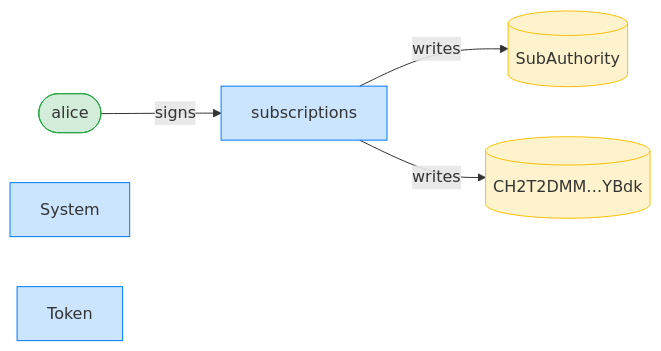
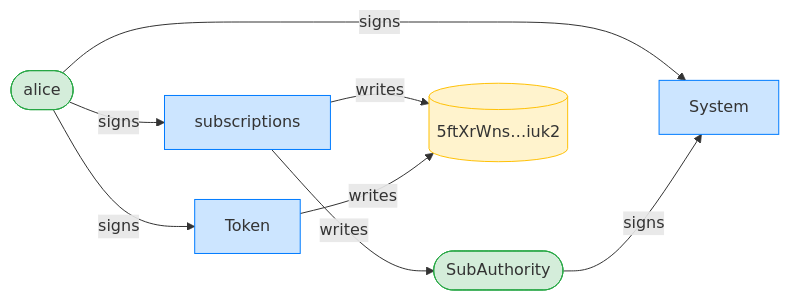
The third of 16 diagrams in dsl_tests/skipped-periods-do-not-accumulate-allowance.md (cds-rs/subscriptions), drawn with Mermaid before and after one commit. The commit also changed other lines of this file and 224 other files, not shown here.

````diff
--- a/dsl_tests/skipped-periods-do-not-accumulate-allowance.md
+++ b/dsl_tests/skipped-periods-do-not-accumulate-allowance.md
@@ -55,15 +56,19 @@
 ```mermaid
 flowchart LR
     classDef signer fill:#d4edda,stroke:#28a745;
     classDef program fill:#cce5ff,stroke:#007bff;
     classDef writable fill:#fff3cd,stroke:#ffc107;
     subscriptions[subscriptions]:::program
     alice([alice]):::signer
-    SubAuthority[(SubAuthority)]:::writable
-    CH2T2DMM_YBdk[("CH2T2DMM…YBdk")]:::writable
+    SubAuthority([SubAuthority]):::signer
+    5ftXrWns_iuk2[("5ftXrWns…iuk2")]:::writable
     System[System]:::program
     Token[Token]:::program
     alice -->|signs| subscriptions
+    alice -->|signs| System
+    SubAuthority -->|signs| System
+    alice -->|signs| Token
     subscriptions -->|writes| SubAuthority
-    subscriptions -->|writes| CH2T2DMM_YBdk
+    subscriptions -->|writes| 5ftXrWns_iuk2
+    Token -->|writes| 5ftXrWns_iuk2
 ```
````
